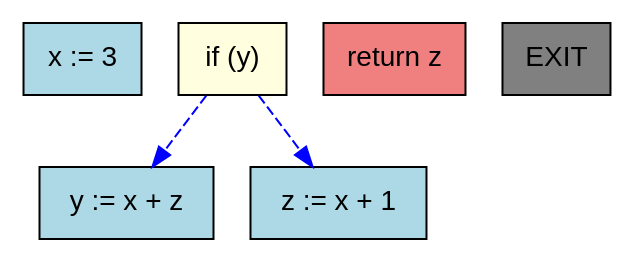
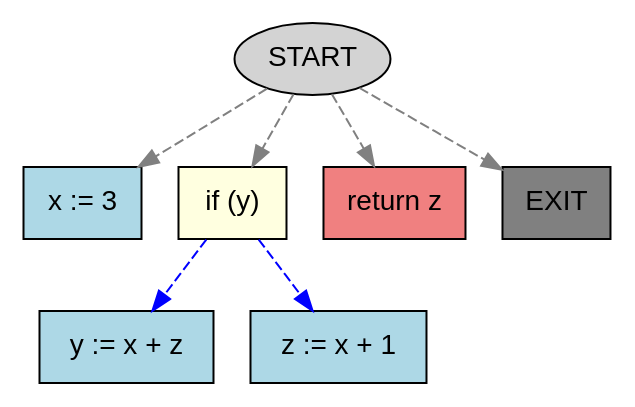
The diagram in cdg.dot (eleniogarcia/AnalisisEstatico), drawn with Graphviz before and after one commit. The commit also changed 6 other files, not shown here.

```diff
--- a/cdg.dot
+++ b/cdg.dot
@@ -1,12 +1,18 @@
 digraph CDG {
   rankdir=TB;
   node [shape=box, fontname="Helvetica", style=filled];
+  n6 [label="START", fillcolor=lightgray, shape=ellipse];
   n0 [label="x := 3", fillcolor=lightblue];
   n1 [label="if (y)", fillcolor=lightyellow];
   n3 [label="y := x + z", fillcolor=lightblue];
   n4 [label="return z", fillcolor=lightcoral];
   n5 [label="EXIT", fillcolor=gray];
   n2 [label="z := x + 1", fillcolor=lightblue];
+
+  n6 -> n0 [style=dashed, color=gray];
+  n6 -> n1 [style=dashed, color=gray];
+  n6 -> n4 [style=dashed, color=gray];
+  n6 -> n5 [style=dashed, color=gray];
   n1 -> n2 [style=dashed, color=blue];
   n1 -> n3 [style=dashed, color=blue];
 }
```
